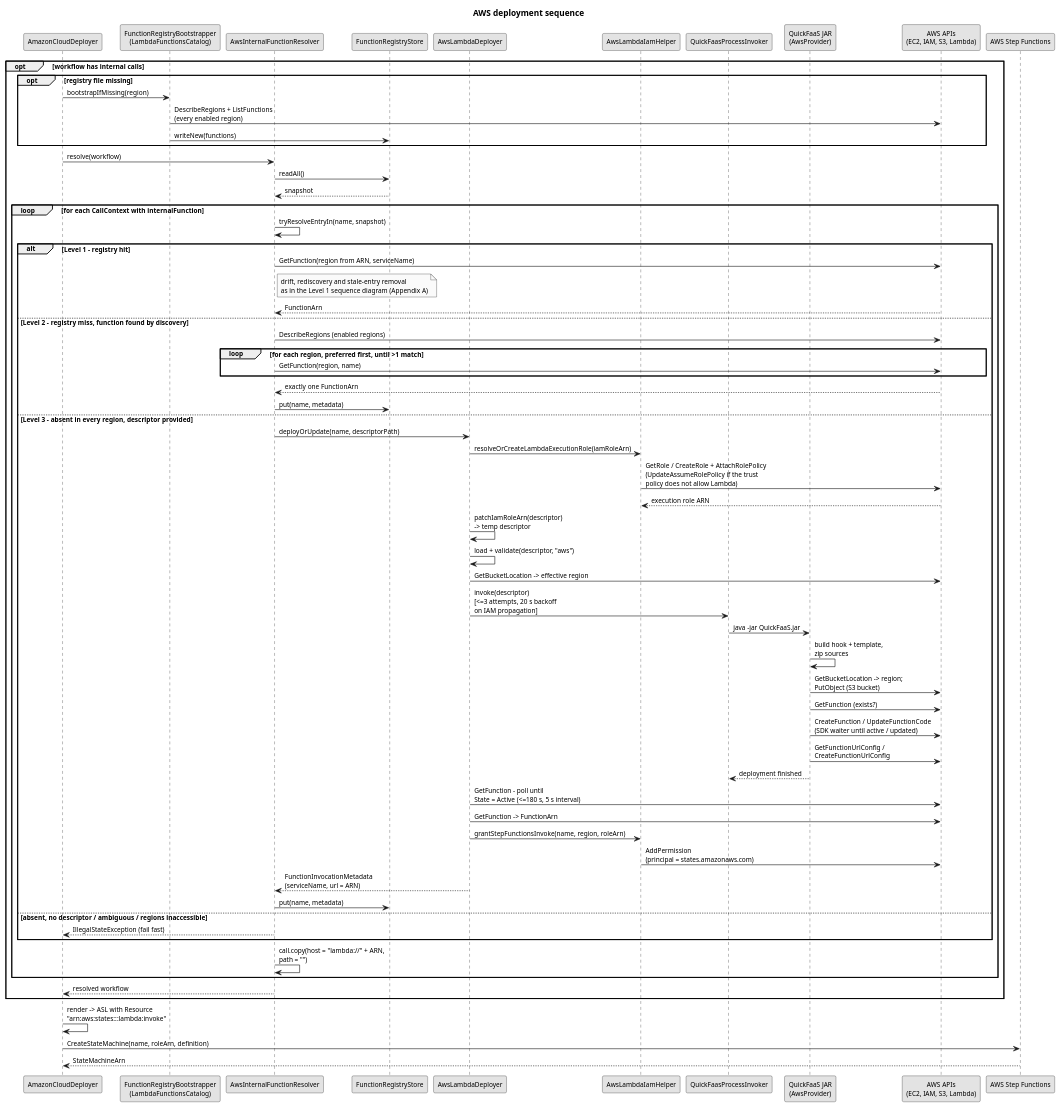
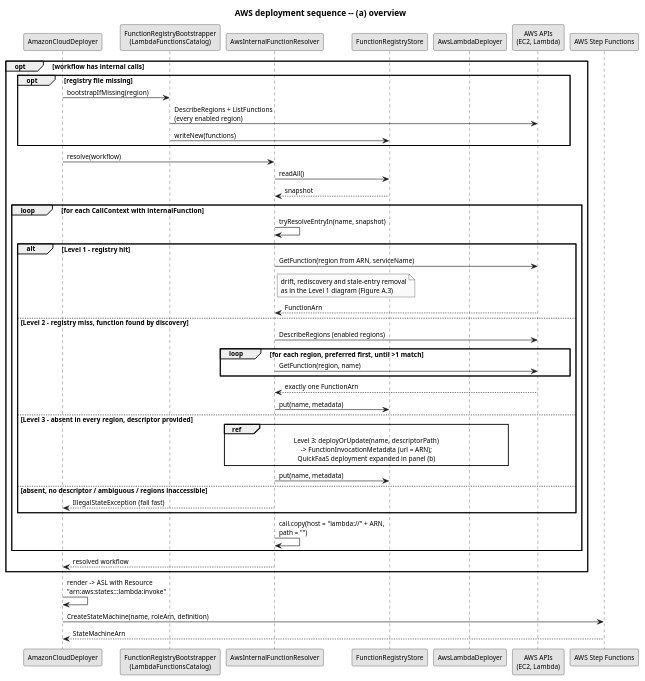
Before and after one commit to EngenheiroPedroCarvalho/ISEL-Thesis-2526: the diagram in diagrams/aws-deploy-sequence.puml, drawn with PlantUML. The commit also changed 10 other files, not shown here.

First line of the commit message:
Lay out Appendix A's diagrams in sequence and make them easier to read

```diff
--- a/diagrams/aws-deploy-sequence.puml
+++ b/diagrams/aws-deploy-sequence.puml
@@ -1,75 +1,57 @@
 @startuml aws-deploy-sequence
 skinparam monochrome true
 skinparam shadowing false
 skinparam defaultFontSize 11
-title AWS deployment sequence
+title AWS deployment sequence -- (a) overview
 
 participant "AmazonCloudDeployer" as ACD
 participant "FunctionRegistryBootstrapper\n(LambdaFunctionsCatalog)" as BOOT
 participant "AwsInternalFunctionResolver" as R
 participant "FunctionRegistryStore" as REG
 participant "AwsLambdaDeployer" as ALD
-participant "AwsLambdaIamHelper" as IAM
-participant "QuickFaasProcessInvoker" as PI
-participant "QuickFaaS JAR\n(AwsProvider)" as QF
-participant "AWS APIs\n(EC2, IAM, S3, Lambda)" as AWS
+participant "AWS APIs\n(EC2, Lambda)" as AWS
 participant "AWS Step Functions" as SFN
 
 opt workflow has internal calls
   opt registry file missing
     ACD -> BOOT : bootstrapIfMissing(region)
     BOOT -> AWS : DescribeRegions + ListFunctions\n(every enabled region)
     BOOT -> REG : writeNew(functions)
   end
   ACD -> R : resolve(workflow)
   R -> REG : readAll()
   REG --> R : snapshot
   loop for each CallContext with internalFunction
     R -> R : tryResolveEntryIn(name, snapshot)
     alt Level 1 - registry hit
       R -> AWS : GetFunction(region from ARN, serviceName)
       note right of R
         drift, rediscovery and stale-entry removal
-        as in the Level 1 sequence diagram (Appendix A)
+        as in the Level 1 diagram (Figure A.3)
       end note
       AWS --> R : FunctionArn
     else Level 2 - registry miss, function found by discovery
       R -> AWS : DescribeRegions (enabled regions)
       loop for each region, preferred first, until >1 match
         R -> AWS : GetFunction(region, name)
       end
       AWS --> R : exactly one FunctionArn
       R -> REG : put(name, metadata)
     else Level 3 - absent in every region, descriptor provided
-      R -> ALD : deployOrUpdate(name, descriptorPath)
-      ALD -> IAM : resolveOrCreateLambdaExecutionRole(iamRoleArn)
-      IAM -> AWS : GetRole / CreateRole + AttachRolePolicy\n(UpdateAssumeRolePolicy if the trust\npolicy does not allow Lambda)
-      AWS --> IAM : execution role ARN
-      ALD -> ALD : patchIamRoleArn(descriptor)\n-> temp descriptor
-      ALD -> ALD : load + validate(descriptor, "aws")
-      ALD -> AWS : GetBucketLocation -> effective region
-      ALD -> PI : invoke(descriptor)\n[<=3 attempts, 20 s backoff\non IAM propagation]
-      PI -> QF : java -jar QuickFaaS.jar
-      QF -> QF : build hook + template,\nzip sources
-      QF -> AWS : GetBucketLocation -> region;\nPutObject (S3 bucket)
-      QF -> AWS : GetFunction (exists?)
-      QF -> AWS : CreateFunction / UpdateFunctionCode\n(SDK waiter until active / updated)
-      QF -> AWS : GetFunctionUrlConfig /\nCreateFunctionUrlConfig
-      QF --> PI : deployment finished
-      ALD -> AWS : GetFunction - poll until\nState = Active (<=180 s, 5 s interval)
-      ALD -> AWS : GetFunction -> FunctionArn
-      ALD -> IAM : grantStepFunctionsInvoke(name, region, roleArn)
-      IAM -> AWS : AddPermission\n(principal = states.amazonaws.com)
-      ALD --> R : FunctionInvocationMetadata\n(serviceName, url = ARN)
+      ref over R, ALD
+        Level 3: deployOrUpdate(name, descriptorPath)
+        -> FunctionInvocationMetadata (url = ARN);
+        QuickFaaS deployment expanded in panel (b)
+      end ref
       R -> REG : put(name, metadata)
     else absent, no descriptor / ambiguous / regions inaccessible
       R --> ACD : IllegalStateException (fail fast)
     end
     R -> R : call.copy(host = "lambda://" + ARN,\npath = "")
   end
   R --> ACD : resolved workflow
 end
 ACD -> ACD : render -> ASL with Resource\n"arn:aws:states:::lambda:invoke"
 ACD -> SFN : CreateStateMachine(name, roleArn, definition)
 SFN --> ACD : StateMachineArn
 @enduml
```
